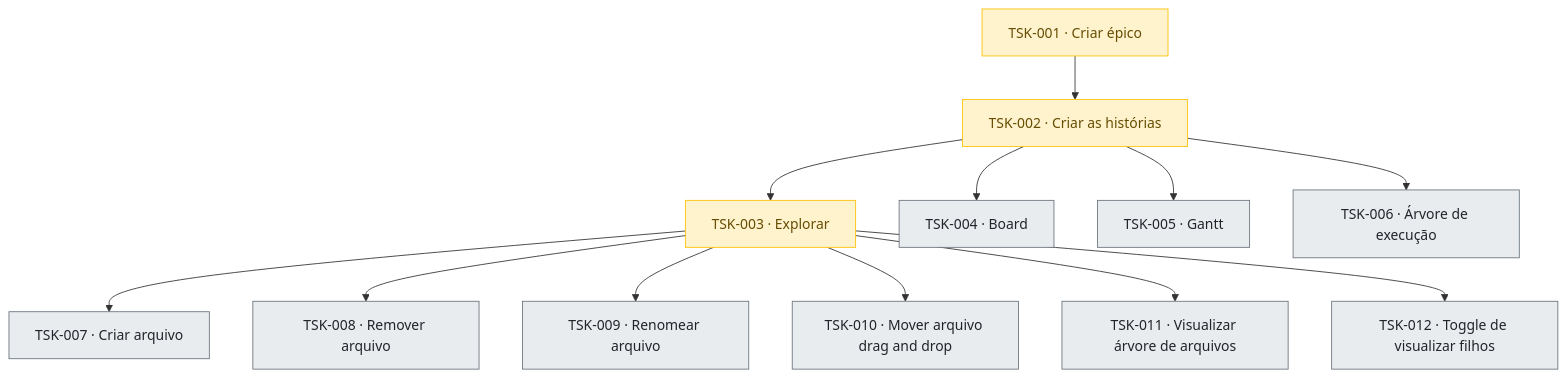
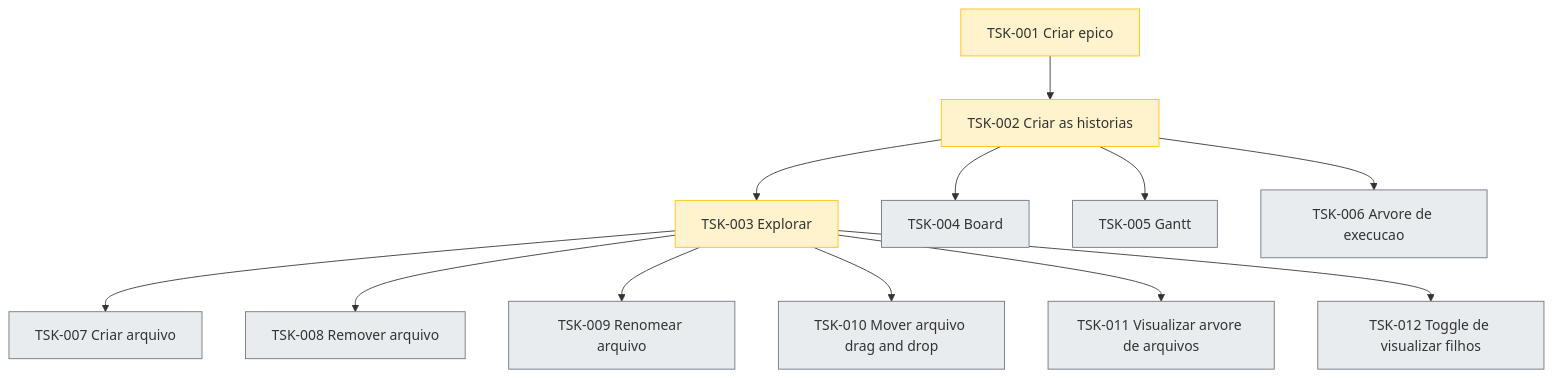
One commit to laerciogermano/workstation changed the diagram in board.md. Above: the diagram before and after it, drawn with Mermaid. The commit also changed 1 other file, not shown here.

Commit message:
Refactor task labels in board and Gantt documentation for consistency by removing accents and updating section titles. This improves clarity and standardizes task naming conventions across the project.

````diff
--- a/board.md
+++ b/board.md
@@ -25,34 +25,34 @@
 ```mermaid
 flowchart TD
-  T001["TSK-001 · Criar épico"]
-  T002["TSK-002 · Criar as histórias"]
-  T003["TSK-003 · Explorar"]
-  T007["TSK-007 · Criar arquivo"]
-  T008["TSK-008 · Remover arquivo"]
-  T009["TSK-009 · Renomear arquivo"]
-  T010["TSK-010 · Mover arquivo drag and drop"]
-  T011["TSK-011 · Visualizar árvore de arquivos"]
-  T012["TSK-012 · Toggle de visualizar filhos"]
-  T004["TSK-004 · Board"]
-  T005["TSK-005 · Gantt"]
-  T006["TSK-006 · Árvore de execução"]
+  T001["TSK-001 Criar epico"]
+  T002["TSK-002 Criar as historias"]
+  T003["TSK-003 Explorar"]
+  T007["TSK-007 Criar arquivo"]
+  T008["TSK-008 Remover arquivo"]
+  T009["TSK-009 Renomear arquivo"]
+  T010["TSK-010 Mover arquivo drag and drop"]
+  T011["TSK-011 Visualizar arvore de arquivos"]
+  T012["TSK-012 Toggle de visualizar filhos"]
+  T004["TSK-004 Board"]
+  T005["TSK-005 Gantt"]
+  T006["TSK-006 Arvore de execucao"]
 
   T001 --> T002
   T002 --> T003
   T003 --> T007
   T003 --> T008
   T003 --> T009
   T003 --> T010
   T003 --> T011
   T003 --> T012
   T002 --> T004
   T002 --> T005
   T002 --> T006
 
-  classDef done fill:#d4edda,stroke:#198754,color:#0f5132
-  classDef doing fill:#fff3cd,stroke:#ffc107,color:#664d03
-  classDef todo fill:#e9ecef,stroke:#6c757d,color:#212529
+  classDef stDone fill:#d4edda,stroke:#198754
+  classDef stDoing fill:#fff3cd,stroke:#ffc107
+  classDef stTodo fill:#e9ecef,stroke:#6c757d
 
-  class T001,T002,T003 doing
-  class T004,T005,T006,T007,T008,T009,T010,T011,T012 todo
+  class T001,T002,T003 stDoing
+  class T004,T005,T006,T007,T008,T009,T010,T011,T012 stTodo
 ```
````
